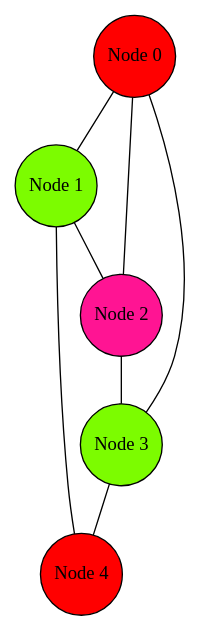
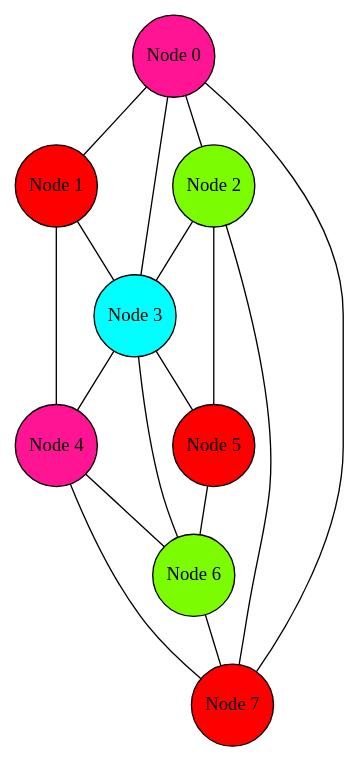
The diagram in graph.gv (AlexanderSenchenko/Graph_coloring), drawn with Graphviz before and after one commit. The commit also changed 4 other files, not shown here.

```diff
--- a/graph.gv
+++ b/graph.gv
@@ -1,18 +1,30 @@
 digraph HelloGraph {
 	node [shape="circle", style="filled", margin="0.01"];
 	edge [dir="none"];
 
-	"Node 0" [fillcolor="red"]
-	"Node 1" [fillcolor="lawngreen"]
-	"Node 2" [fillcolor="deeppink"]
-	"Node 3" [fillcolor="lawngreen"]
-	"Node 4" [fillcolor="red"]
+	"Node 0" [fillcolor="deeppink"]
+	"Node 1" [fillcolor="red"]
+	"Node 2" [fillcolor="lawngreen"]
+	"Node 3" [fillcolor="cyan"]
+	"Node 4" [fillcolor="deeppink"]
+	"Node 5" [fillcolor="red"]
+	"Node 6" [fillcolor="lawngreen"]
+	"Node 7" [fillcolor="red"]
 
 	"Node 0" -> "Node 1";
 	"Node 0" -> "Node 2";
 	"Node 0" -> "Node 3";
-	"Node 1" -> "Node 2";
+	"Node 0" -> "Node 7";
+	"Node 1" -> "Node 3";
 	"Node 1" -> "Node 4";
 	"Node 2" -> "Node 3";
+	"Node 2" -> "Node 5";
+	"Node 2" -> "Node 7";
 	"Node 3" -> "Node 4";
+	"Node 3" -> "Node 5";
+	"Node 3" -> "Node 6";
+	"Node 4" -> "Node 6";
+	"Node 4" -> "Node 7";
+	"Node 5" -> "Node 6";
+	"Node 6" -> "Node 7";
 }
```
